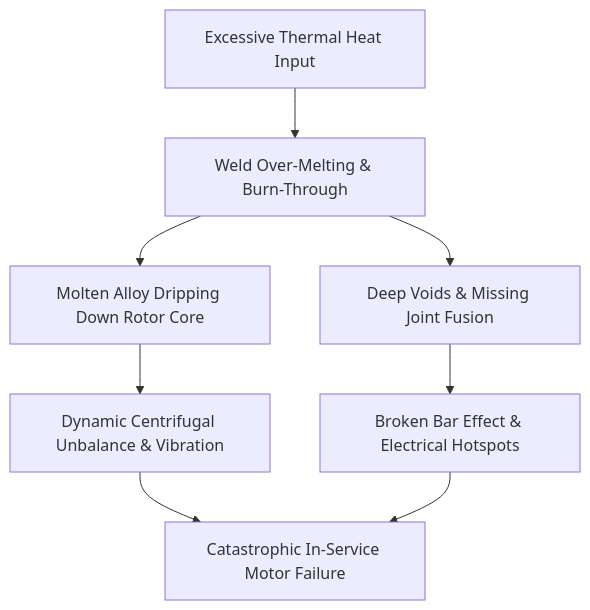
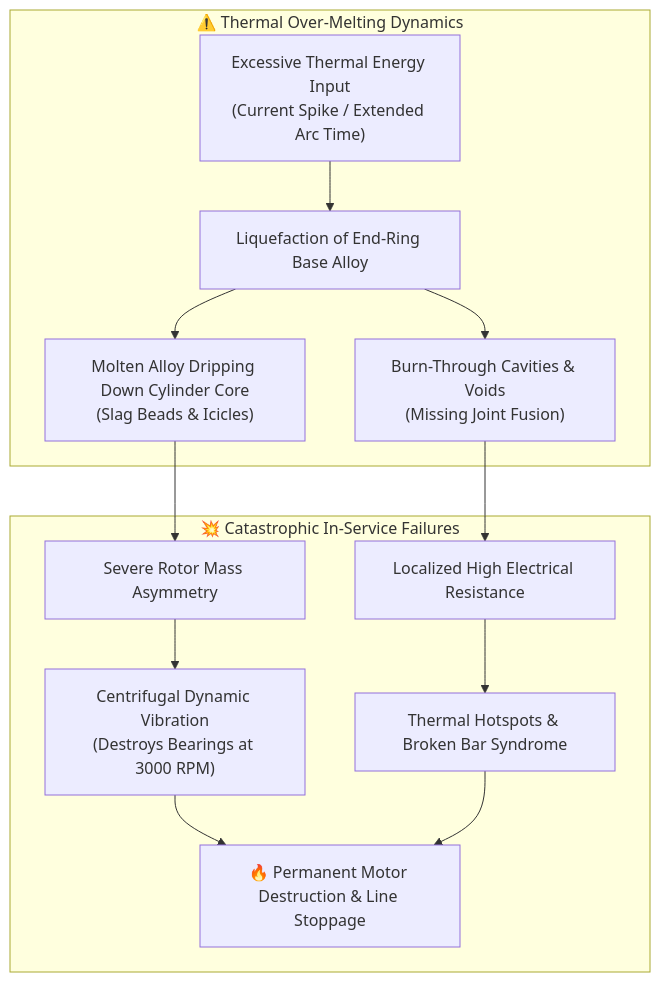
The first of 2 diagrams in README.md (Shakthikumar01/rotor-weld-inspection), drawn with Mermaid before and after one commit. The commit also changed other lines of this file, not shown here.

Commit message:
docs: modernize README with hero banner, key metrics, mathematical formulations, and interactive architecture

````diff
--- a/README.md
+++ b/README.md
@@ -50,10 +64,16 @@
 ```mermaid
 flowchart TD
-    Heat["Excessive Thermal Heat Input"] --> Burn["Weld Over-Melting & Burn-Through"]
-    Burn --> Runoff["Molten Alloy Dripping Down Rotor Core"]
-    Burn --> Cavity["Deep Voids & Missing Joint Fusion"]
-    Runoff --> Unbalance["Dynamic Centrifugal Unbalance & Vibration"]
-    Cavity --> HighR["Broken Bar Effect & Electrical Hotspots"]
-    Unbalance --> MotorFailure["Catastrophic In-Service Motor Failure"]
-    HighR --> MotorFailure
+    subgraph DefectFormation["⚠️ Thermal Over-Melting Dynamics"]
+        Heat["Excessive Thermal Energy Input<br>(Current Spike / Extended Arc Time)"] --> Liquefy["Liquefaction of End-Ring Base Alloy"]
+        Liquefy --> Runoff["Molten Alloy Dripping Down Cylinder Core<br>(Slag Beads & Icicles)"]
+        Liquefy --> Crater["Burn-Through Cavities & Voids<br>(Missing Joint Fusion)"]
+    end
+
+    subgraph FieldFailure["💥 Catastrophic In-Service Failures"]
+        Runoff --> MassAsymmetry["Severe Rotor Mass Asymmetry"]
+        MassAsymmetry --> Centrifugal["Centrifugal Dynamic Vibration<br>(Destroys Bearings at 3000 RPM)"]
+        Crater --> HighResistance["Localized High Electrical Resistance"]
+        HighResistance --> Hotspot["Thermal Hotspots & Broken Bar Syndrome"]
+        Centrifugal & Hotspot --> MotorDeath["🔥 Permanent Motor Destruction & Line Stoppage"]
+    end
 ```
````
